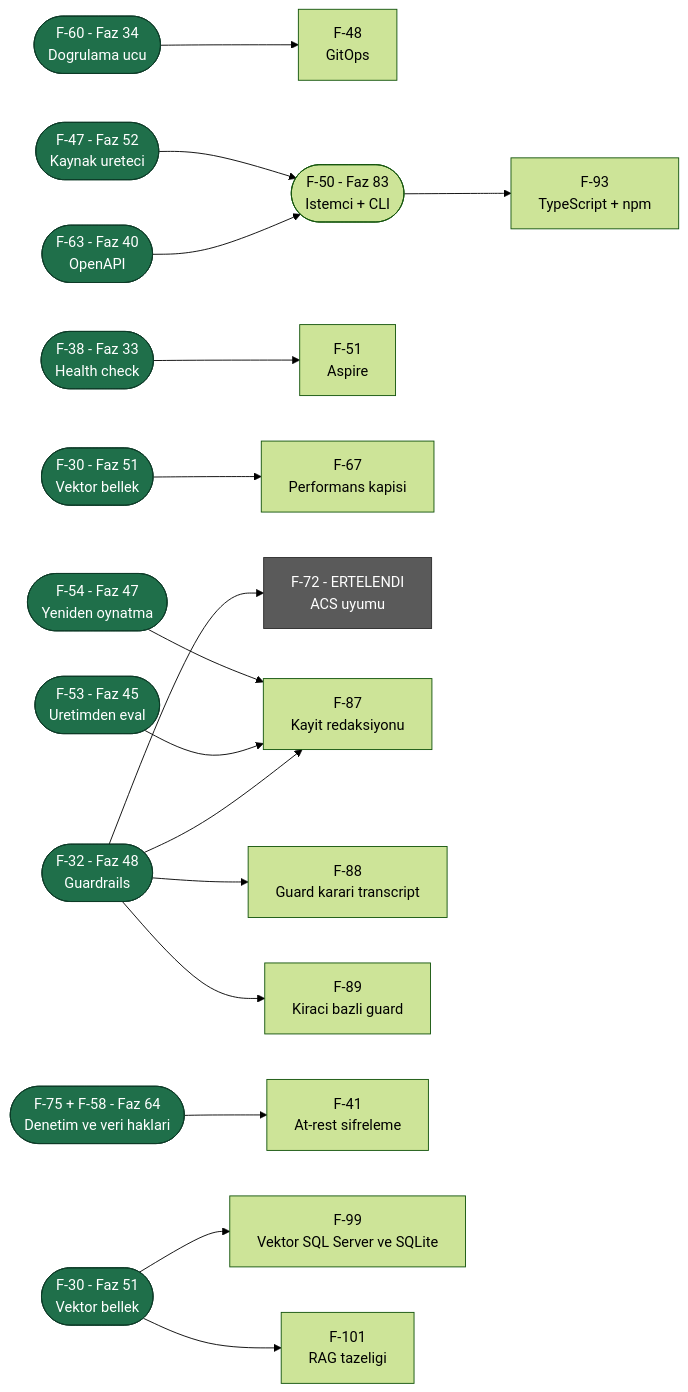
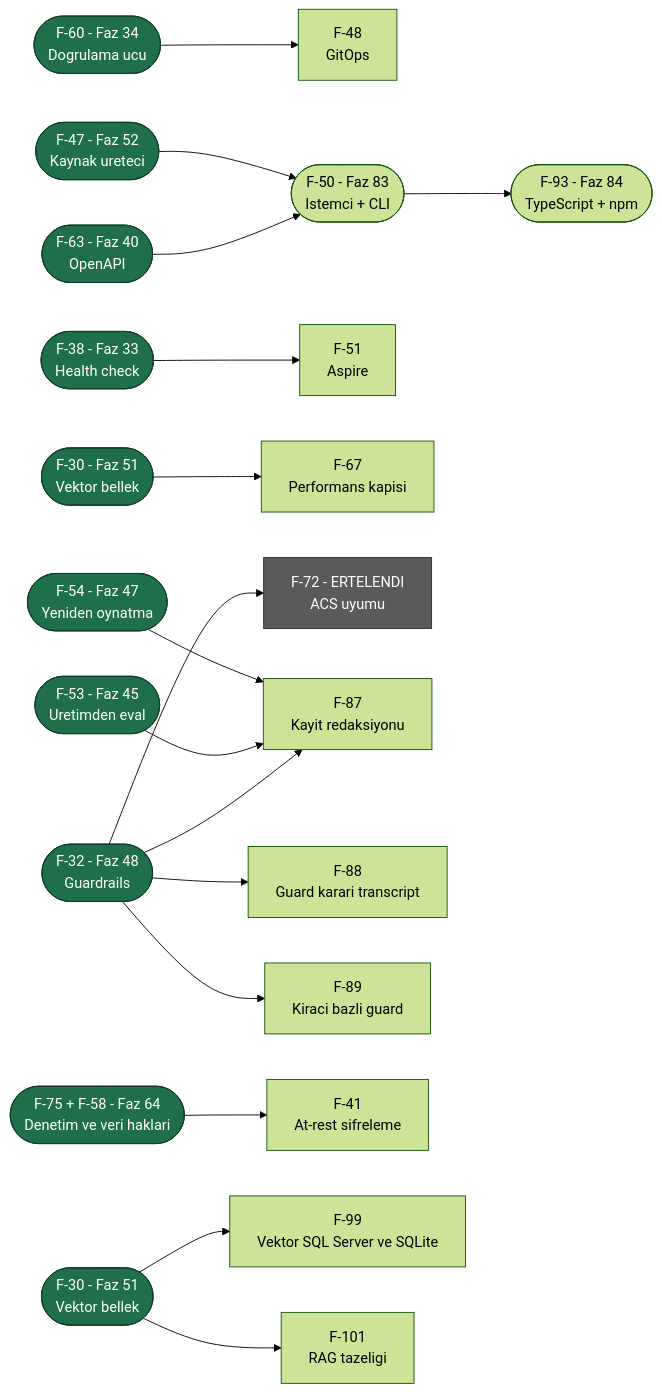
Before and after one commit to farukatasoy/Tracon: the diagram in docs/ADAYLAR.md, drawn with Mermaid (forest theme). The commit also changed other lines of this file and 7 other files, not shown here.

````diff
--- a/docs/ADAYLAR.md
+++ b/docs/ADAYLAR.md
@@ -839,25 +476,25 @@
 ```mermaid
 flowchart LR
     F34p(["F-60 - Faz 34<br/>Dogrulama ucu"]) --> F48["F-48<br/>GitOps"]
     F40p(["F-63 - Faz 40<br/>OpenAPI"]) --> F50(["F-50 - Faz 83<br/>Istemci + CLI"])
     F52p(["F-47 - Faz 52<br/>Kaynak ureteci"]) --> F50
-    F50 --> F93["F-93<br/>TypeScript + npm"]
+    F50 --> F93(["F-93 - Faz 84<br/>TypeScript + npm"])
     F33p(["F-38 - Faz 33<br/>Health check"]) --> F51["F-51<br/>Aspire"]
     F51p(["F-30 - Faz 51<br/>Vektor bellek"]) --> F67["F-67<br/>Performans kapisi"]
 
     F48p(["F-32 - Faz 48<br/>Guardrails"]) --> F72["F-72 - ERTELENDI<br/>ACS uyumu"]
     F48p --> F87["F-87<br/>Kayit redaksiyonu"]
     F45p(["F-53 - Faz 45<br/>Uretimden eval"]) --> F87
     F47p(["F-54 - Faz 47<br/>Yeniden oynatma"]) --> F87
     F48p --> F88["F-88<br/>Guard karari transcript"]
     F48p --> F89["F-89<br/>Kiraci bazli guard"]
 
     F64p(["F-75 + F-58 - Faz 64<br/>Denetim ve veri haklari"]) --> F41["F-41<br/>At-rest sifreleme"]
     F51pp(["F-30 - Faz 51<br/>Vektor bellek"]) --> F99["F-99<br/>Vektor SQL Server ve SQLite"]
     F51pp --> F101["F-101<br/>RAG tazeligi"]
 
     classDef planlandi fill:#1f6f4a,stroke:#0d3b27,color:#ffffff
     classDef ertelendi fill:#5a5a5a,stroke:#2c2c2c,color:#ffffff
     class F34p,F40p,F52p,F33p,F51p,F48p,F45p,F47p,F64p,F51pp planlandi
     class F72 ertelendi
 ```
````
